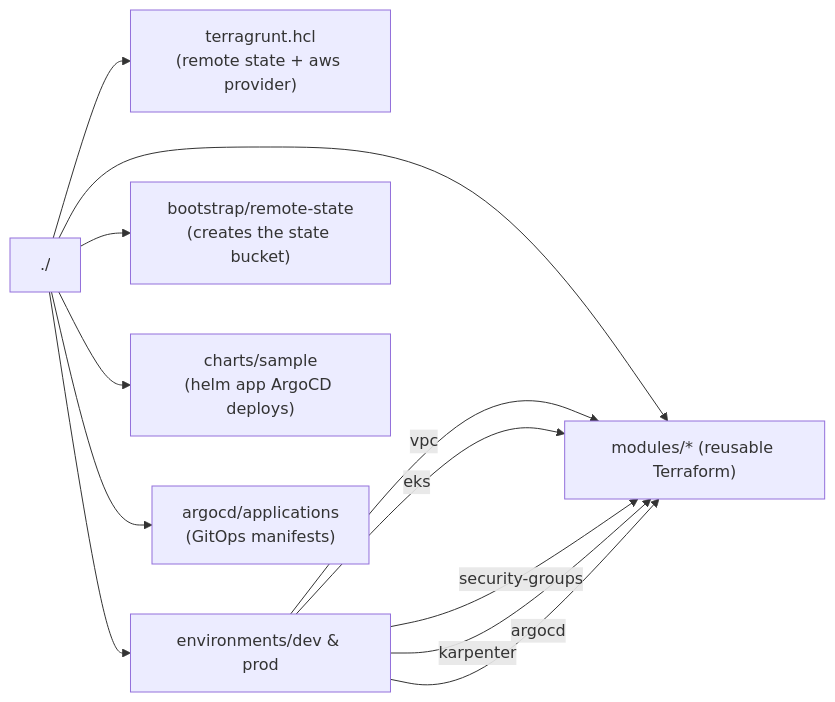
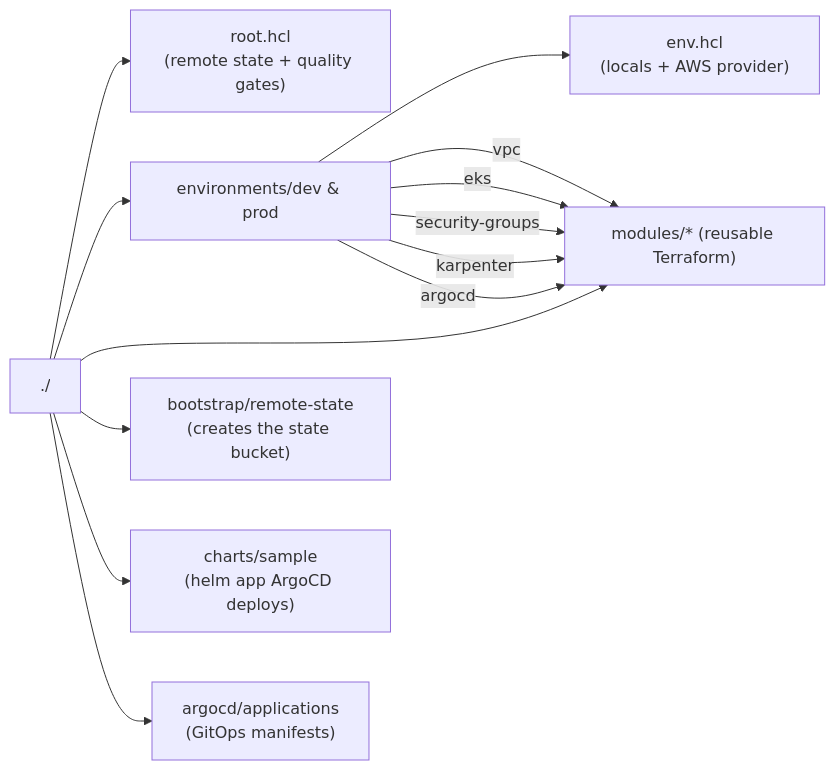
The second of 5 diagrams in README.md (richard-gm/aws-eks-microservices), drawn with Mermaid before and after one commit. The commit also changed other lines of this file and 7 other files, not shown here.

First line of the commit message:
fix: flatten Terragrunt includes to flat partials (root.hcl + env.hcl)

````diff
--- a/README.md
+++ b/README.md
@@ -53,15 +53,16 @@
 ```mermaid
 flowchart LR
-    Root["./"] --> RG["terragrunt.hcl\n(remote state + aws provider)"]
+    Root["./"] --> RH["root.hcl\n(remote state + quality gates)"]
     Root --> Env["environments/dev & prod"]
     Root --> Mods["modules/* (reusable Terraform)"]
     Root --> Boot["bootstrap/remote-state\n(creates the state bucket)"]
     Root --> Charts["charts/sample\n(helm app ArgoCD deploys)"]
     Root --> Apps["argocd/applications\n(GitOps manifests)"]
 
+    Env --> EH["env.hcl\n(locals + AWS provider)"]
     Env -->|vpc| Mods
     Env -->|eks| Mods
     Env -->|security-groups| Mods
     Env -->|karpenter| Mods
     Env -->|argocd| Mods
 ```
````
